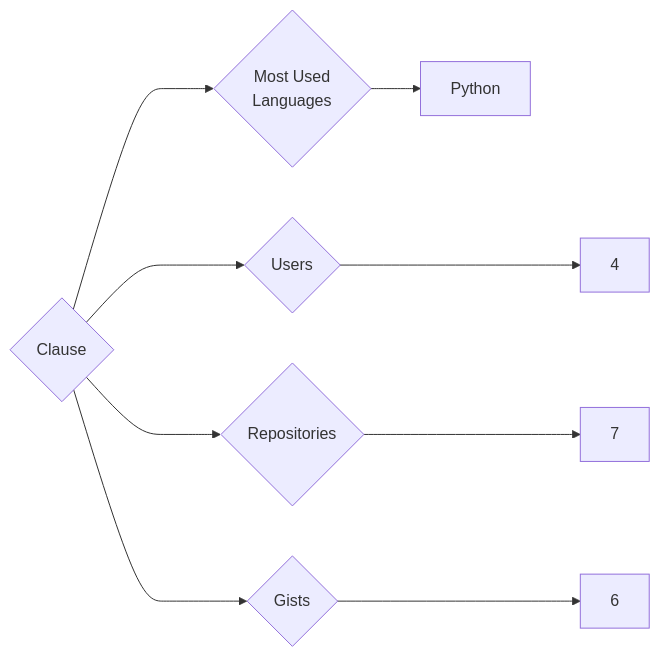
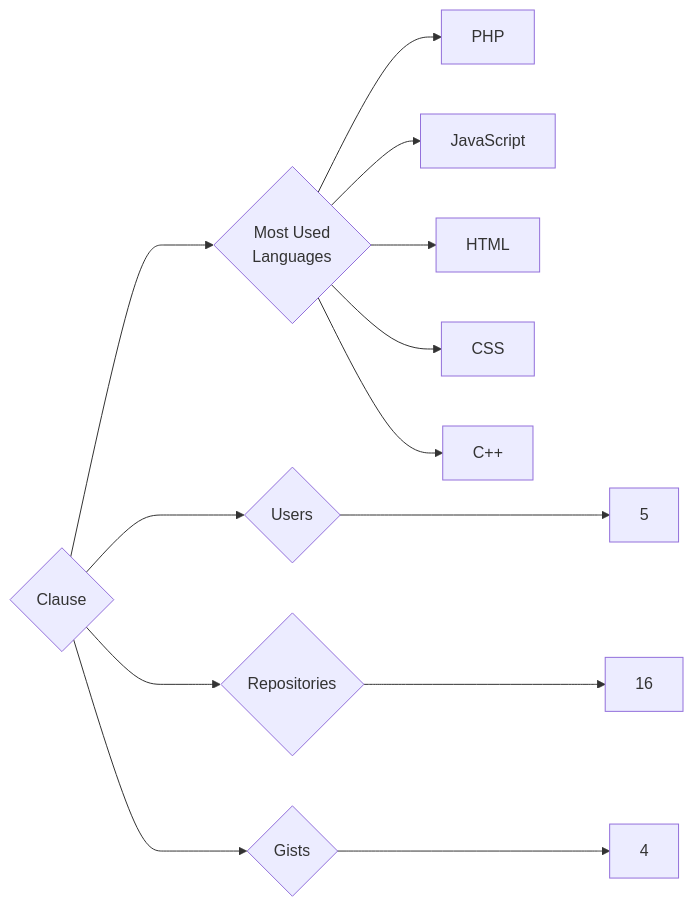
The diagram in targets/Clause/README.md (trickest/insiders), drawn with Mermaid before and after one commit. The commit also changed 614 other files, not shown here.

````diff
--- a/targets/Clause/README.md
+++ b/targets/Clause/README.md
@@ -3,9 +3,13 @@
 ```mermaid
 graph LR
 COMPANY_NAME{Clause}
-COMPANY_NAME ---> U{Users} ---> UN[4]
-COMPANY_NAME ---> R{Repositories} ---> RN[7]
-COMPANY_NAME ---> G{Gists} ---> GN[6]
+COMPANY_NAME ---> U{Users} ---> UN[5]
+COMPANY_NAME ---> R{Repositories} ---> RN[16]
+COMPANY_NAME ---> G{Gists} ---> GN[4]
 COMPANY_NAME ---> ML{Most Used<br>Languages}
-ML --> Python[Python]
+ML --> PHP[PHP]
+ML --> JavaScript[JavaScript]
+ML --> HTML[HTML]
+ML --> CSS[CSS]
+ML --> C++[C++]
 ```
````
